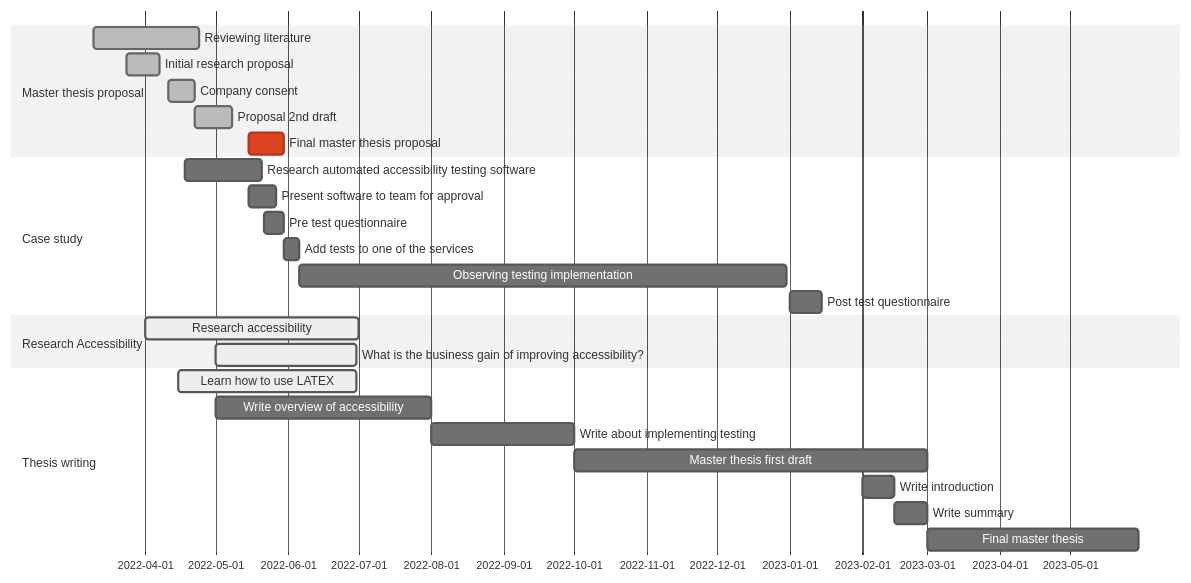
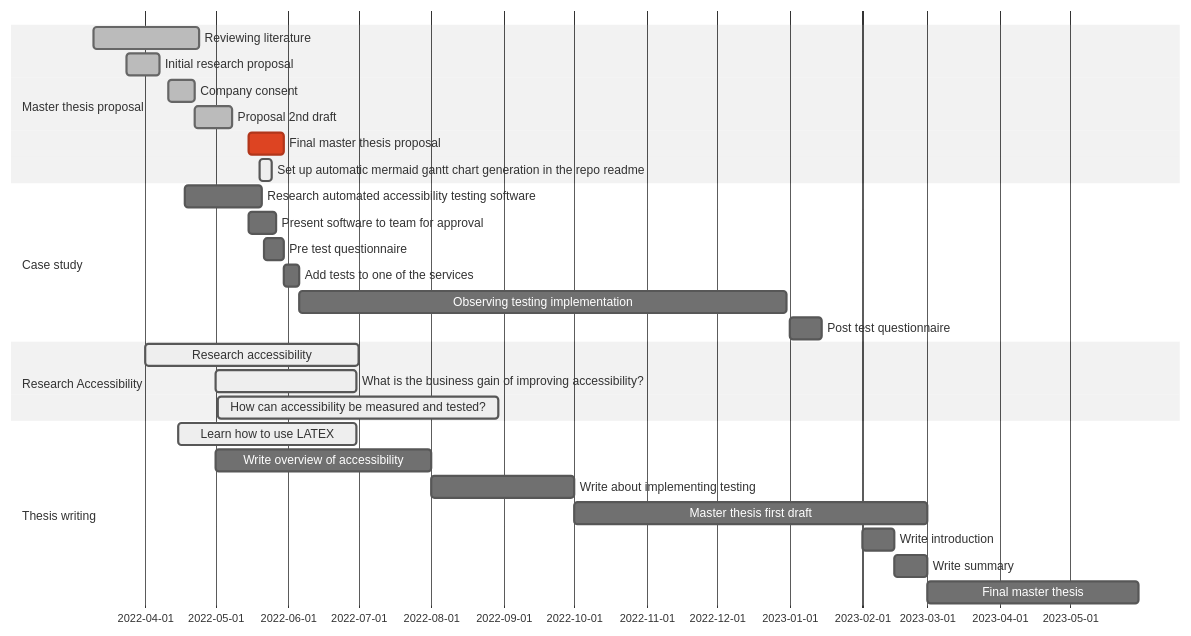
One commit to marianntapfer/masterThesis changed the diagram in README.md. Above: the diagram before and after it, drawn with Mermaid (neutral theme). The commit also changed 3 other files, not shown here.

Commit message:
update gantt chart

````diff
--- a/README.md
+++ b/README.md
@@ -2,32 +2,35 @@
 ```mermaid
 gantt
     dateFormat YYYY-MM-DD
+
+
 section Master thesis proposal
 Reviewing literature :done,  I_kwDOHN4WtM5IPt0e, 2022-03-10,  2022-04-24
 Initial research proposal :done,  I_kwDOHN4WtM5IPQAc, 2022-03-24,  2022-04-07
 Company consent :done,  I_kwDOHN4WtM5IPjR4, 2022-04-11,  2022-04-22
 Proposal 2nd draft :done,  I_kwDOHN4WtM5IPQdj, 2022-04-22,  2022-05-08
 Final master thesis proposal :crit,  I_kwDOHN4WtM5IO6RY, 2022-05-15,  2022-05-30
+Set up automatic mermaid gantt chart generation in the repo readme :active,  I_kwDOHN4WtM5KFnVy, 2022-05-20,  2022-05-25
 
 section Case study
 Research automated accessibility testing software : I_kwDOHN4WtM5IPCPt, 2022-04-18,  2022-05-21
 Present software to team for approval : I_kwDOHN4WtM5IPKxI, 2022-05-15,  2022-05-27
 Pre test questionnaire : I_kwDOHN4WtM5IPPfv, 2022-05-22,  2022-05-30
 Add tests to one of the services  : I_kwDOHN4WtM5IPSTR, 2022-05-30,  2022-06-06
 Observing testing implementation : I_kwDOHN4WtM5IPS6R, 2022-06-06,  2022-12-31
 Post test questionnaire : I_kwDOHN4WtM5IPr5f, 2023-01-01,  2023-01-15
 
 section Research Accessibility
 Research accessibility :active,  I_kwDOHN4WtM5IP7K7, 2022-04-01,  2022-07-01
 What is the business gain of improving accessibility? :active,  I_kwDOHN4WtM5Jr4kn, 2022-05-01,  2022-06-30
+How can accessibility be measured and tested? :active,  I_kwDOHN4WtM5Jr4tP, 2022-05-02,  2022-08-30
 
 section Thesis writing
 Learn how to use LATEX :active,  I_kwDOHN4WtM5IPfGo, 2022-04-15,  2022-06-30
 Write overview of accessibility : I_kwDOHN4WtM5IPeB8, 2022-05-01,  2022-08-01
 Write about implementing testing : I_kwDOHN4WtM5IRoTT, 2022-08-01,  2022-10-01
 Master thesis first draft : I_kwDOHN4WtM5IPWkC, 2022-10-01,  2023-03-01
 Write introduction : I_kwDOHN4WtM5IPdl3, 2023-02-01,  2023-02-15
 Write summary : I_kwDOHN4WtM5IPdrk, 2023-02-15,  2023-03-01
 Final master thesis : I_kwDOHN4WtM5IPXSh, 2023-03-01,  2023-05-30
-
 ```
````
